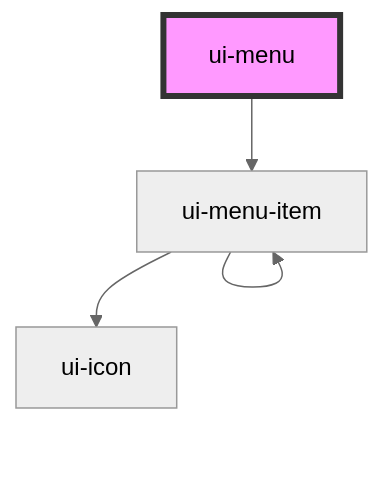
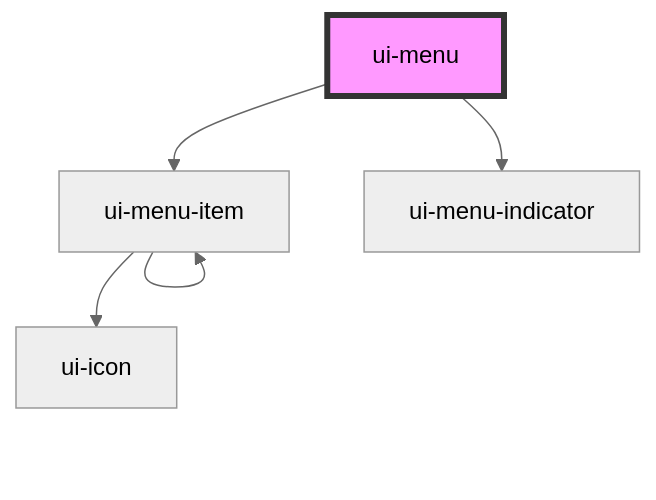
The diagram in src/components/menu/readme.md (janmassberg/my-ui-stencil), drawn with Mermaid (neutral theme) before and after one commit. The commit also changed other lines of this file and 10 other files, not shown here.

Commit message:
feat(menu): add menu-indicator component, render menu-indicator in menu

````diff
--- a/src/components/menu/readme.md
+++ b/src/components/menu/readme.md
@@ -52,7 +53,8 @@
 ```mermaid
 graph TD;
   ui-menu --> ui-menu-item
+  ui-menu --> ui-menu-indicator
   ui-menu-item --> ui-menu-item
   ui-menu-item --> ui-icon
   style ui-menu fill:#f9f,stroke:#333,stroke-width:4px
 ```
````
